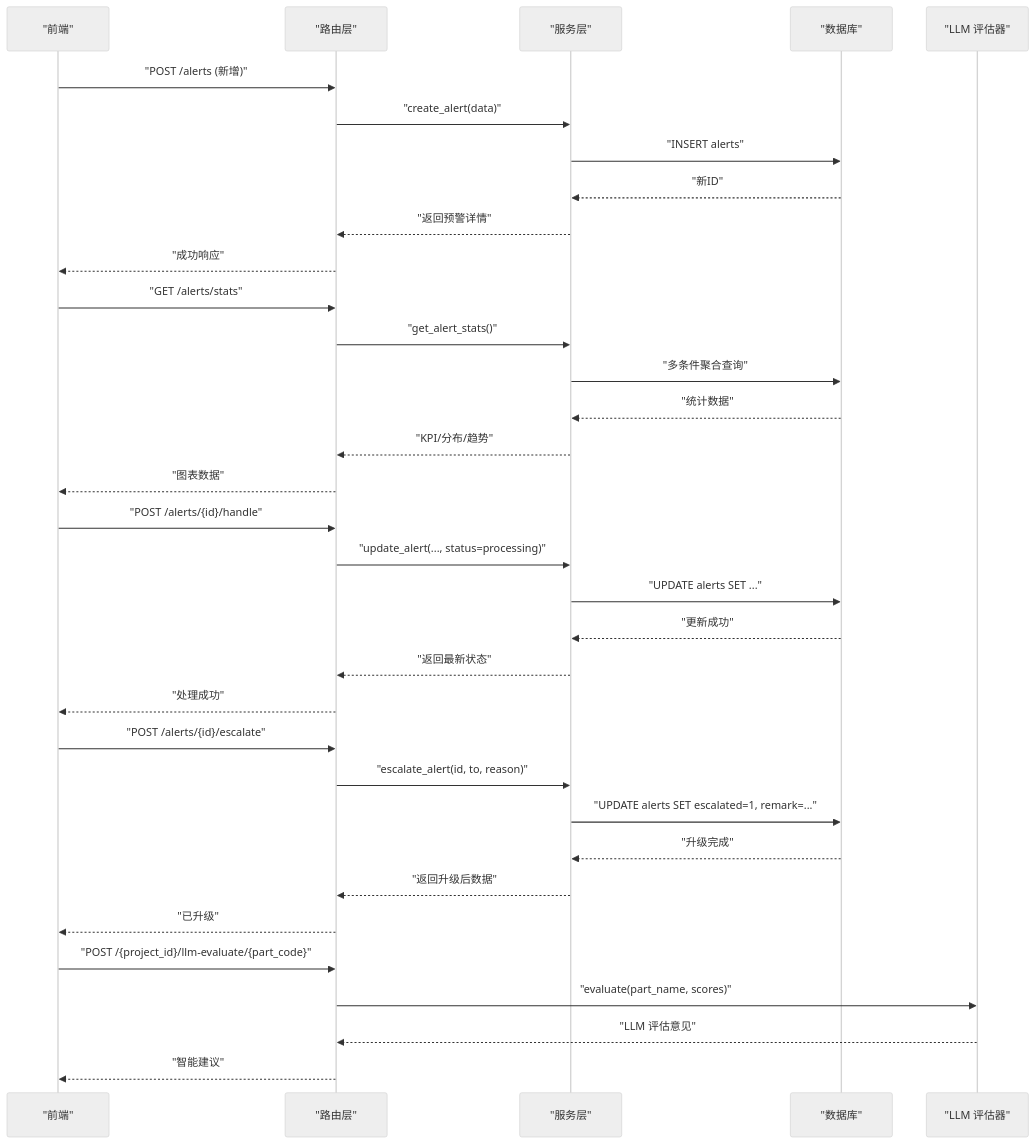
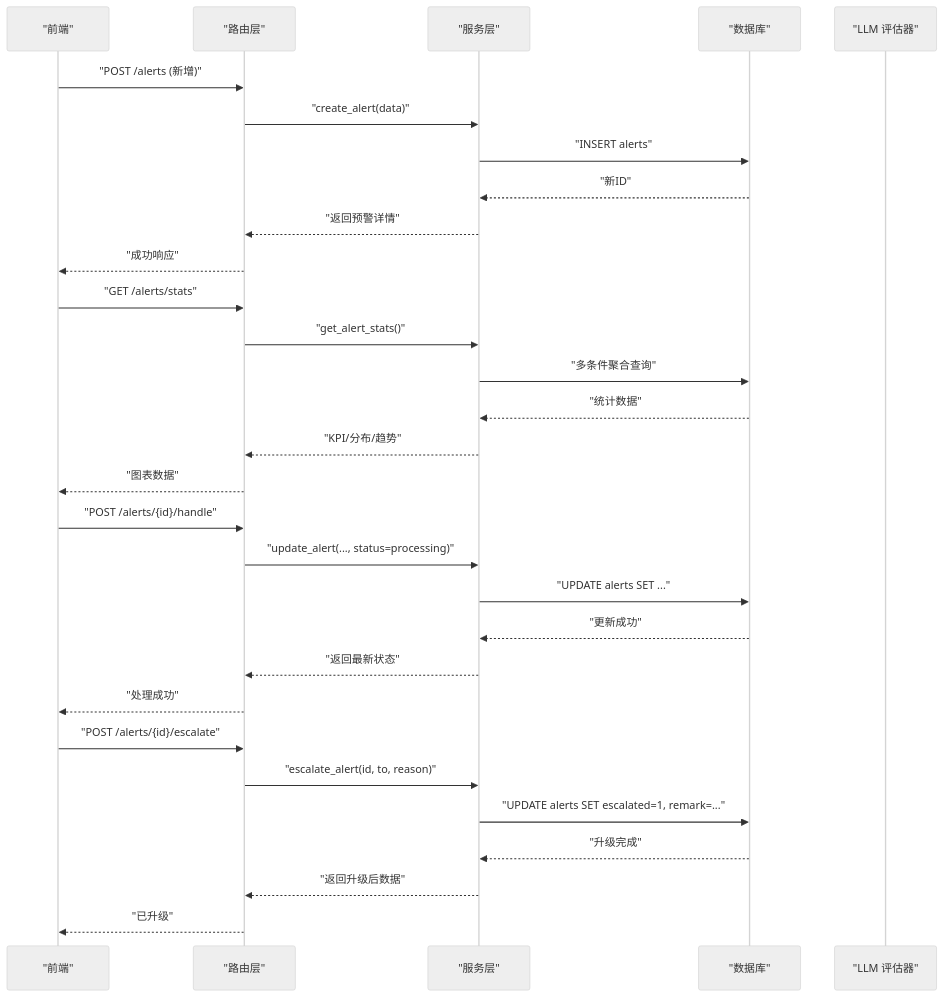
Before and after one commit to JiaStan/shizhi_system_df: the second of 8 diagrams in .qoder/repowiki/zh/content/资源管理模块/异常预警.md, drawn with Mermaid (neutral theme). The commit also changed other lines of this file and 53 other files, not shown here.

````diff
--- a/.qoder/repowiki/zh/content/资源管理模块/异常预警.md
+++ b/.qoder/repowiki/zh/content/资源管理模块/异常预警.md
@@ -77,36 +84,32 @@
 ```mermaid
 sequenceDiagram
 participant FE as "前端"
 participant RT as "路由层"
 participant SV as "服务层"
 participant DB as "数据库"
 participant AI as "LLM 评估器"
 FE->>RT : "POST /alerts (新增)"
 RT->>SV : "create_alert(data)"
 SV->>DB : "INSERT alerts"
 DB-->>SV : "新ID"
 SV-->>RT : "返回预警详情"
 RT-->>FE : "成功响应"
 FE->>RT : "GET /alerts/stats"
 RT->>SV : "get_alert_stats()"
 SV->>DB : "多条件聚合查询"
 DB-->>SV : "统计数据"
 SV-->>RT : "KPI/分布/趋势"
 RT-->>FE : "图表数据"
 FE->>RT : "POST /alerts/{id}/handle"
 RT->>SV : "update_alert(..., status=processing)"
 SV->>DB : "UPDATE alerts SET ..."
 DB-->>SV : "更新成功"
 SV-->>RT : "返回最新状态"
 RT-->>FE : "处理成功"
 FE->>RT : "POST /alerts/{id}/escalate"
 RT->>SV : "escalate_alert(id, to, reason)"
 SV->>DB : "UPDATE alerts SET escalated=1, remark=..."
 DB-->>SV : "升级完成"
 SV-->>RT : "返回升级后数据"
 RT-->>FE : "已升级"
-FE->>RT : "POST /{project_id}/llm-evaluate/{part_code}"
-RT->>AI : "evaluate(part_name, scores)"
-AI-->>RT : "LLM 评估意见"
-RT-->>FE : "智能建议"
 ```
````
